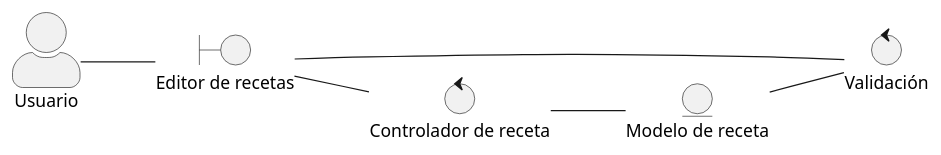
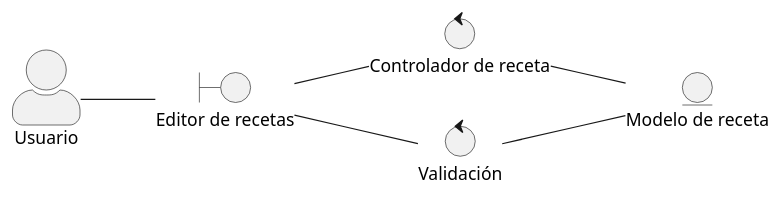
Before and after one commit to Dandrvms/diagramas-y-referencias: the diagram in editar-y-validar.puml, drawn with PlantUML. The commit also changed 15 other files, not shown here.

Commit message:
Analasys Classes Diagrams

```diff
--- a/editar-y-validar.puml
+++ b/editar-y-validar.puml
@@ -1,21 +1,22 @@
 @startuml
 skinparam style strictuml
 skinparam actorStyle awesome
 left to right direction
 
 actor "Usuario" as user
 
 control core as "Controlador de receta"
-entity enty as "Modelo de receta"
+entity recipe as "Modelo de receta"
 control valid as "Validación"
 
 boundary editor as "Editor de recetas"
 
 
 
 user -- editor
-core -- enty
-enty -- valid
+core -- recipe
+valid -- recipe
 editor -- core
-valid -- editor
+editor -- valid
+'valid -- editor
 @endum
```
